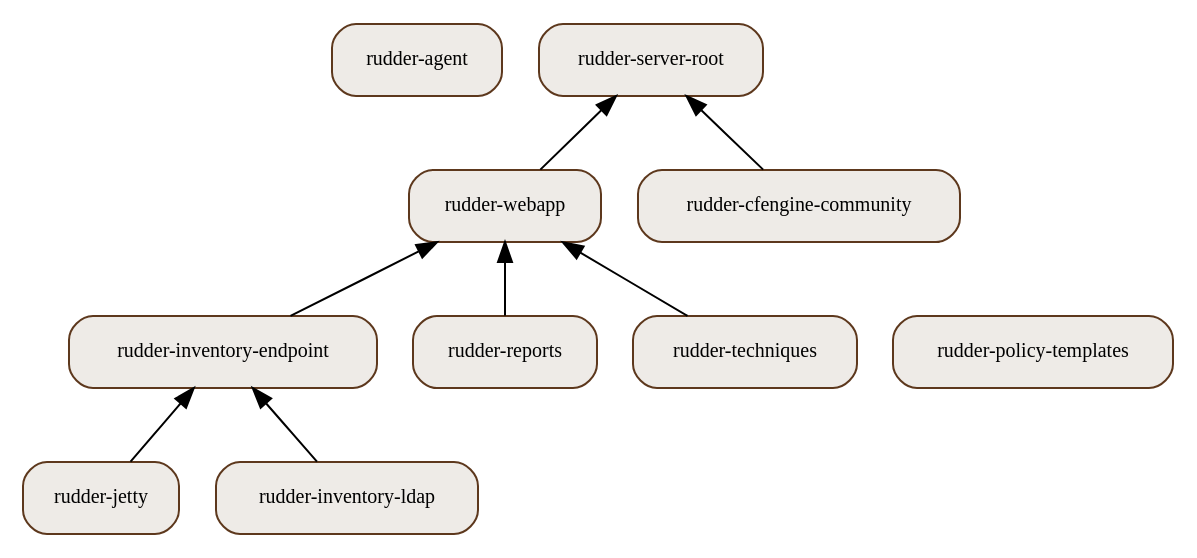
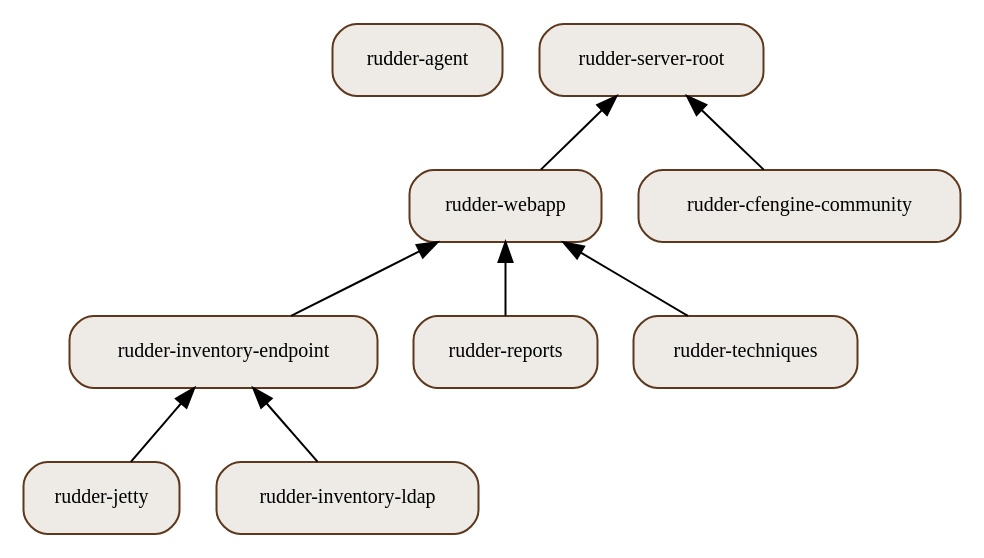
The diagram in graphviz/packages.dot (Normation/rudder-doc), drawn with Graphviz before and after one commit. The commit also changed 1 other file, not shown here.

Commit message:
graphviz updates, color scheme adaptation, name changes

```diff
--- a/graphviz/packages.dot
+++ b/graphviz/packages.dot
@@ -1,52 +1,52 @@
 digraph packages{
 
 rankdir=BT;
 
 node [
     shape=Mrecord, 
     style=filled, 
     color="#5d381d", 
     fillcolor="#eeebe7",
     fontsize=10
 ]
 
 "rudder-agent"
 "rudder-jetty"
 "rudder-inventory-ldap"
 "rudder-inventory-endpoint"
 "rudder-reports"
 "rudder-techniques"
 "rudder-webapp"
 "rudder-cfengine-community"
 "rudder-server-root"
 
 {rank=same;
   "rudder-agent"
   "rudder-server-root"
 }
 {rank=same;
   "rudder-inventory-ldap"
   "rudder-jetty"
 }
 
 "rudder-jetty" -> "rudder-inventory-endpoint"
 
 "rudder-inventory-ldap" -> "rudder-inventory-endpoint"
 
 {rank=same;
   "rudder-inventory-endpoint"
   "rudder-reports"
-  "rudder-policy-templates"
+  "rudder-techniques"
 }
 
 "rudder-inventory-endpoint" -> "rudder-webapp"
 
 "rudder-techniques" -> "rudder-webapp" 
 
 "rudder-reports"-> "rudder-webapp"
 
 "rudder-webapp" -> "rudder-server-root"
 
 "rudder-cfengine-community" ->"rudder-server-root"
 
 }
```
